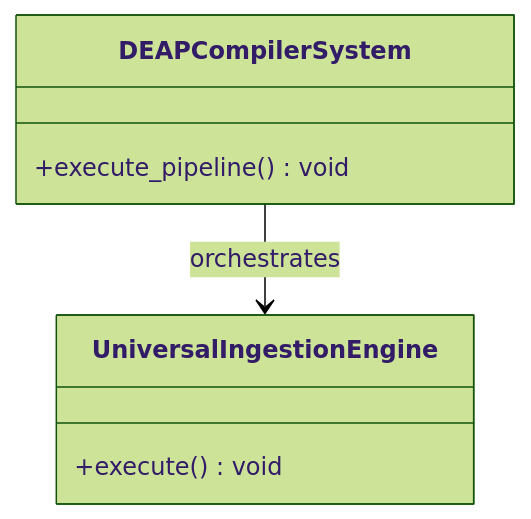
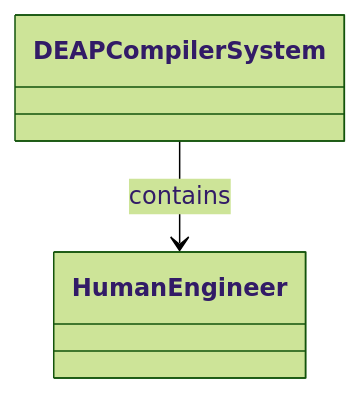
One commit to gintatkinson/dumpiler-01 changed the first of 2 diagrams in docs/epics/EPIC-02-ConOps.md. Above: the diagram before and after it, drawn with Mermaid (forest theme). The commit also changed other lines of this file and 101 other files, not shown here.

````diff
--- a/docs/epics/EPIC-02-ConOps.md
+++ b/docs/epics/EPIC-02-ConOps.md
@@ -51,10 +73,6 @@
 ```mermaid
 classDiagram
-    class DEAPCompilerSystem {
-        +execute_pipeline() void
-    }
-    class UniversalIngestionEngine {
-        +execute() void
-    }
-    DEAPCompilerSystem --> UniversalIngestionEngine : orchestrates
+    class DEAPCompilerSystem
+    class HumanEngineer
+    DEAPCompilerSystem --> HumanEngineer : contains
 ```
````
